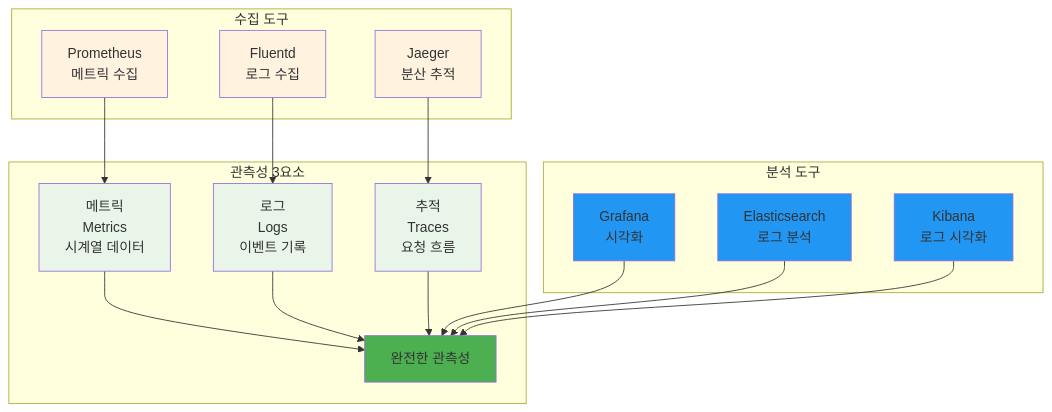
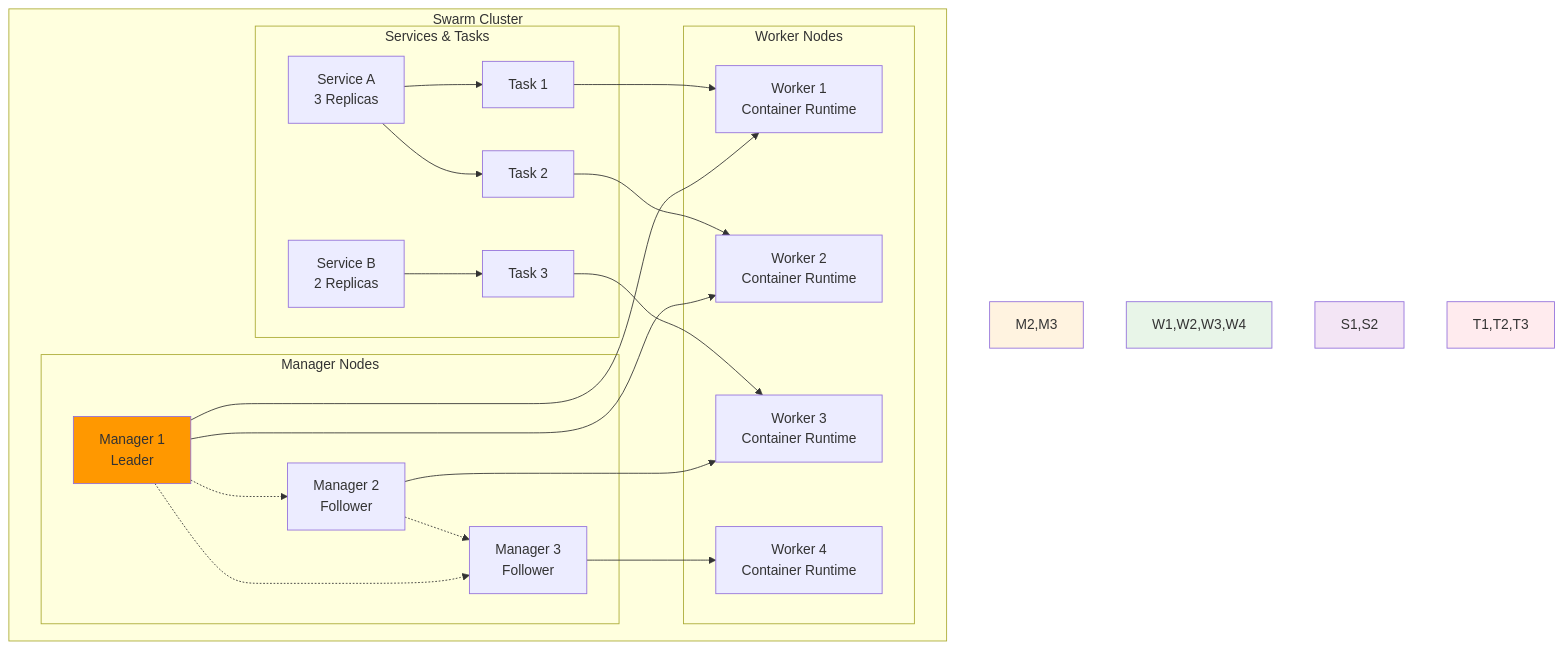
The second of 4 diagrams in theory/week_02/day3/session_3.md (niceguy61/kdt_devops_lecture_2025), drawn with Mermaid before and after one commit. The commit also changed other lines of this file and 70 other files, not shown here.

````diff
--- a/theory/week_02/day3/session_3.md
+++ b/theory/week_02/day3/session_3.md
@@ -27,31 +53,48 @@
 ```mermaid
 graph TB
-    subgraph "관측성 3요소"
-        A[메트릭<br/>Metrics<br/>시계열 데이터] --> D[완전한 관측성]
-        B[로그<br/>Logs<br/>이벤트 기록] --> D
-        C[추적<br/>Traces<br/>요청 흐름] --> D
+    subgraph "Swarm Cluster"
+        subgraph "Manager Nodes"
+            M1[Manager 1<br/>Leader]
+            M2[Manager 2<br/>Follower]
+            M3[Manager 3<br/>Follower]
+        end
+        
+        subgraph "Worker Nodes"
+            W1[Worker 1<br/>Container Runtime]
+            W2[Worker 2<br/>Container Runtime]
+            W3[Worker 3<br/>Container Runtime]
+            W4[Worker 4<br/>Container Runtime]
+        end
+        
+        subgraph "Services & Tasks"
+            S1[Service A<br/>3 Replicas]
+            S2[Service B<br/>2 Replicas]
+            T1[Task 1]
+            T2[Task 2]
+            T3[Task 3]
+        end
     end
     
-    subgraph "수집 도구"
-        E[Prometheus<br/>메트릭 수집] --> A
-        F[Fluentd<br/>로그 수집] --> B
-        G[Jaeger<br/>분산 추적] --> C
-    end
+    M1 -.-> M2
+    M1 -.-> M3
+    M2 -.-> M3
     
-    subgraph "분석 도구"
-        H[Grafana<br/>시각화] --> D
-        I[Elasticsearch<br/>로그 분석] --> D
-        J[Kibana<br/>로그 시각화] --> D
-    end
+    M1 --> W1
+    M1 --> W2
+    M2 --> W3
+    M3 --> W4
     
-    style A fill:#e8f5e8
-    style B fill:#e8f5e8
-    style C fill:#e8f5e8
-    style D fill:#4caf50
-    style E fill:#fff3e0
-    style F fill:#fff3e0
-    style G fill:#fff3e0
-    style H fill:#2196f3
-    style I fill:#2196f3
-    style J fill:#2196f3
+    S1 --> T1
+    S1 --> T2
+    S2 --> T3
+    
+    T1 --> W1
+    T2 --> W2
+    T3 --> W3
+    
+    style M1 fill:#ff9800
+    style M2,M3 fill:#fff3e0
+    style W1,W2,W3,W4 fill:#e8f5e8
+    style S1,S2 fill:#f3e5f5
+    style T1,T2,T3 fill:#ffebee
 ```
````
